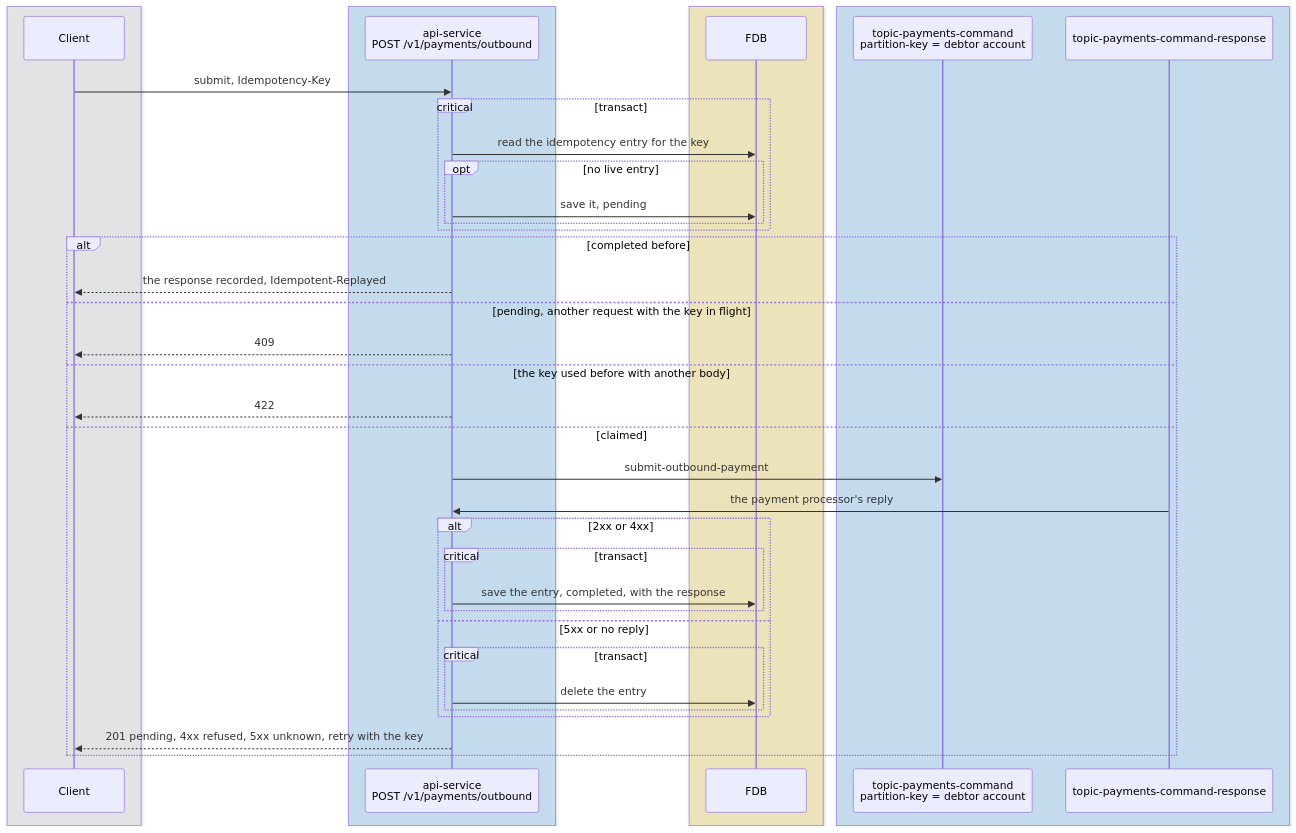
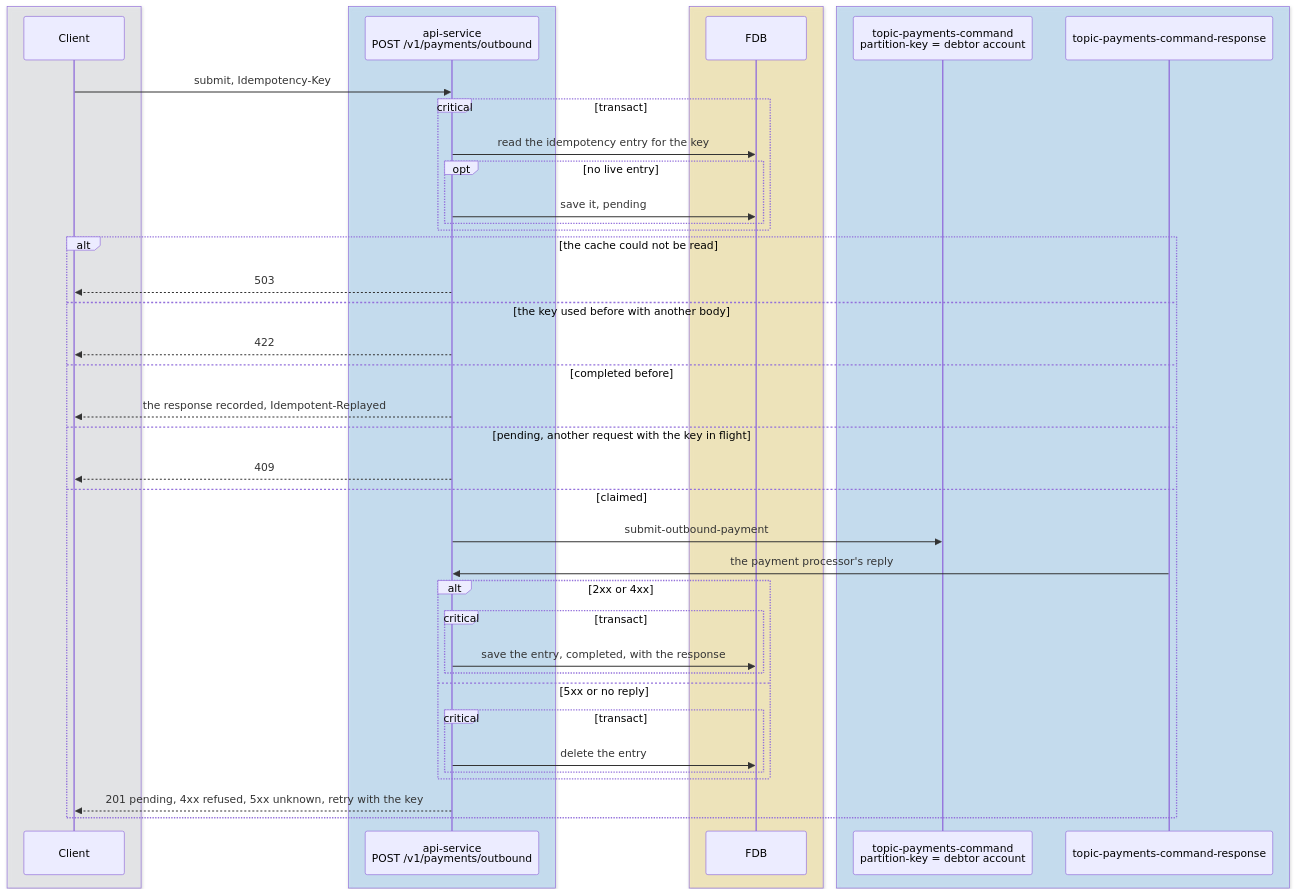
One commit to repldriven/queenswood changed the second of 15 diagrams in docs/tdd/payments-outbound.md. Above: the diagram before and after it, drawn with Mermaid. The commit also changed 39 other files, not shown here.

First line of the commit message:
Configure a command's reply timeout, create a bank's client after its commit, and redraw the TDDs' sequence diagrams (#832)

````diff
--- a/docs/tdd/payments-outbound.md
+++ b/docs/tdd/payments-outbound.md
@@ -102,43 +102,45 @@
 ```mermaid
 sequenceDiagram
     box rgba(233, 236, 239, 0.5)
     participant C as Client
     end
     box rgba(165, 216, 255, 0.45)
     participant API as api-service<br/>POST /v1/payments/outbound
     end
     box rgba(255, 236, 153, 0.5)
     participant DB as FDB
     end
     box rgba(165, 216, 255, 0.45)
     participant PC as topic-payments-command<br/>partition-key = debtor account
     participant PR as topic-payments-command-response
     end
     C->>API: submit, Idempotency-Key
     critical transact
     API->>DB: read the idempotency entry for the key
     opt no live entry
     API->>DB: save it, pending
     end
     end
-    alt completed before
+    alt the cache could not be read
+    API-->>C: 503
+    else the key used before with another body
+    API-->>C: 422
+    else completed before
     API-->>C: the response recorded, Idempotent-Replayed
     else pending, another request with the key in flight
     API-->>C: 409
-    else the key used before with another body
-    API-->>C: 422
     else claimed
     API->>PC: submit-outbound-payment
     PR->>API: the payment processor's reply
     alt 2xx or 4xx
     critical transact
     API->>DB: save the entry, completed, with the response
     end
     else 5xx or no reply
     critical transact
     API->>DB: delete the entry
     end
     end
     API-->>C: 201 pending, 4xx refused, 5xx unknown, retry with the key
     end
 ```
````
